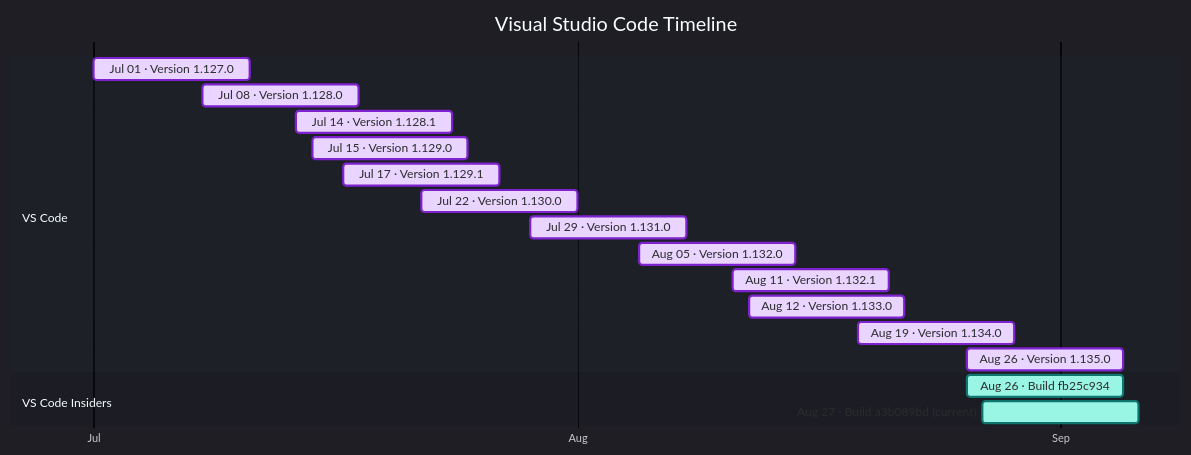
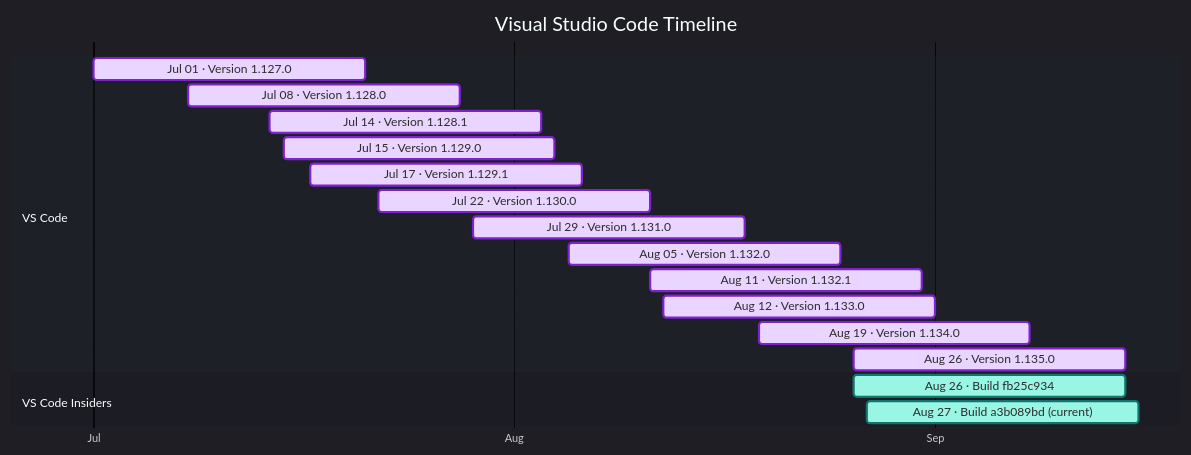
One commit to Oxelya-DevTools/VisualStudioUpdate changed the diagram in docs/vscode.md. Above: the diagram before and after it, drawn with Mermaid. The commit also changed 2 other files, not shown here.

Commit message:
Increase Gantt task durations to 20 days for VS timelines
Increased all Gantt chart task durations from 10 to 20 days in the Visual Studio 2026 and Visual Studio Code timelines. Updated the hardcoded duration in TimelineMarkdownWriter.cs and modified the relevant Markdown files (visual-studio-2026.md, vscode.md) to reflect the new durations for all release entries.

````diff
--- a/docs/vscode.md
+++ b/docs/vscode.md
@@ -9,24 +9,24 @@
 ```mermaid
 %%{init: {'theme':'dark','themeVariables': { 'fontFamily': 'Segoe UI', 'fontSize': '24px', 'textColor': '#F3F4F6', 'titleTextColor': '#FFFFFF', 'taskTextColor': '#111827', 'taskTextLightColor': '#111827', 'taskTextOutsideColor': '#F3F4F6', 'taskBkgColor': '#BAE6FD', 'taskBorderColor': '#0369A1', 'doneTaskBkgColor': '#E9D5FF', 'doneTaskBorderColor': '#7E22CE', 'activeTaskBkgColor': '#99F6E4', 'activeTaskBorderColor': '#0F766E', 'critTaskBkgColor': '#FED7AA', 'critTaskBorderColor': '#C2410C', 'sectionBkgColor': '#1F2937', 'altSectionBkgColor': '#111827', 'gridColor': '#4B5563', 'todayLineColor': '#F87171' }}}%%
 gantt
     title Visual Studio Code Timeline
     dateFormat  YYYY-MM-DD
     axisFormat  %b
     tickInterval 1month
     section VS Code
-    Jul 01 · Version 1.127.0 : done, vscode202607010, 2026-07-01, 10d
-    Jul 08 · Version 1.128.0 : done, vscode202607081, 2026-07-08, 10d
-    Jul 14 · Version 1.128.1 : done, vscode202607142, 2026-07-14, 10d
-    Jul 15 · Version 1.129.0 : done, vscode202607153, 2026-07-15, 10d
-    Jul 17 · Version 1.129.1 : done, vscode202607174, 2026-07-17, 10d
-    Jul 22 · Version 1.130.0 : done, vscode202607225, 2026-07-22, 10d
-    Jul 29 · Version 1.131.0 : done, vscode202607296, 2026-07-29, 10d
-    Aug 05 · Version 1.132.0 : done, vscode202608057, 2026-08-05, 10d
-    Aug 11 · Version 1.132.1 : done, vscode202608118, 2026-08-11, 10d
-    Aug 12 · Version 1.133.0 : done, vscode202608129, 2026-08-12, 10d
-    Aug 19 · Version 1.134.0 : done, vscode2026081910, 2026-08-19, 10d
-    Aug 26 · Version 1.135.0 : done, vscode2026082611, 2026-08-26, 10d
+    Jul 01 · Version 1.127.0 : done, vscode202607010, 2026-07-01, 20d
+    Jul 08 · Version 1.128.0 : done, vscode202607081, 2026-07-08, 20d
+    Jul 14 · Version 1.128.1 : done, vscode202607142, 2026-07-14, 20d
+    Jul 15 · Version 1.129.0 : done, vscode202607153, 2026-07-15, 20d
+    Jul 17 · Version 1.129.1 : done, vscode202607174, 2026-07-17, 20d
+    Jul 22 · Version 1.130.0 : done, vscode202607225, 2026-07-22, 20d
+    Jul 29 · Version 1.131.0 : done, vscode202607296, 2026-07-29, 20d
+    Aug 05 · Version 1.132.0 : done, vscode202608057, 2026-08-05, 20d
+    Aug 11 · Version 1.132.1 : done, vscode202608118, 2026-08-11, 20d
+    Aug 12 · Version 1.133.0 : done, vscode202608129, 2026-08-12, 20d
+    Aug 19 · Version 1.134.0 : done, vscode2026081910, 2026-08-19, 20d
+    Aug 26 · Version 1.135.0 : done, vscode2026082611, 2026-08-26, 20d
     section VS Code Insiders
-    Aug 26 · Build fb25c934 : active, vscodeinsiders202608260, 2026-08-26, 10d
-    Aug 27 · Build a3b089bd (current) : active, vscodeinsiders202608271, 2026-08-27, 10d
+    Aug 26 · Build fb25c934 : active, vscodeinsiders202608260, 2026-08-26, 20d
+    Aug 27 · Build a3b089bd (current) : active, vscodeinsiders202608271, 2026-08-27, 20d
 ```
````
